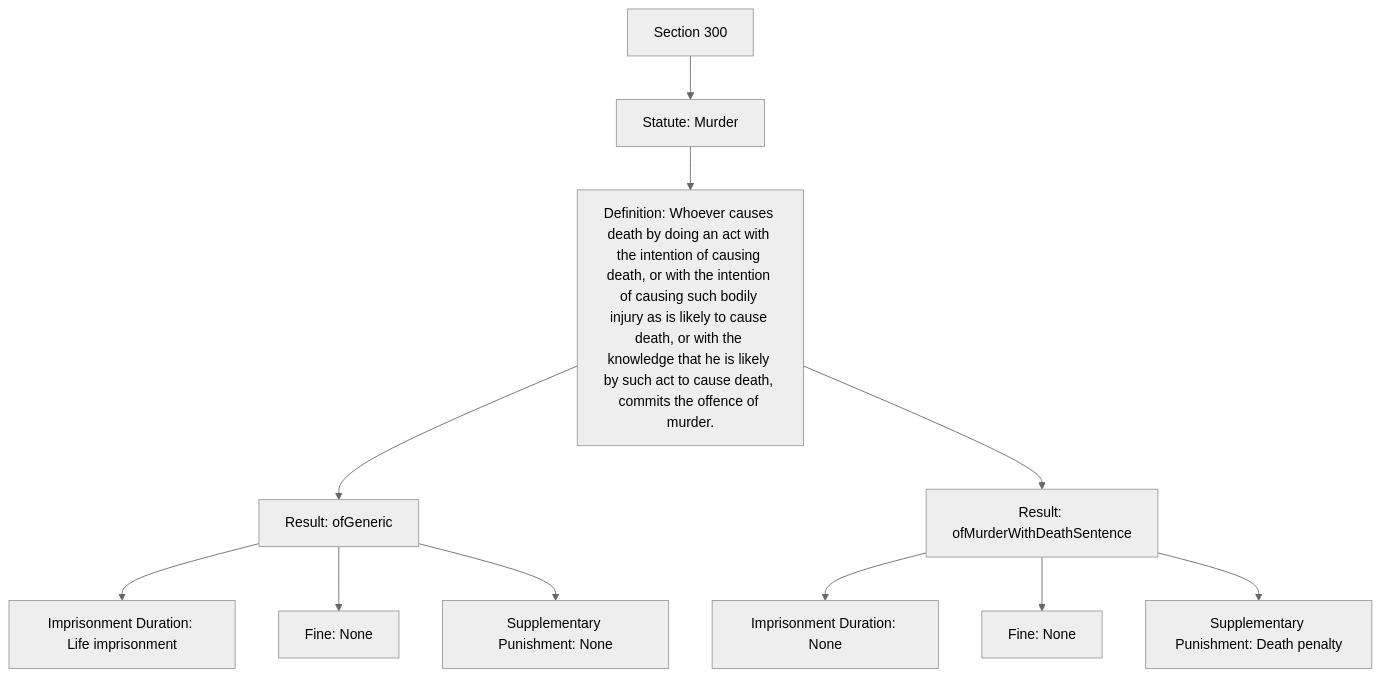
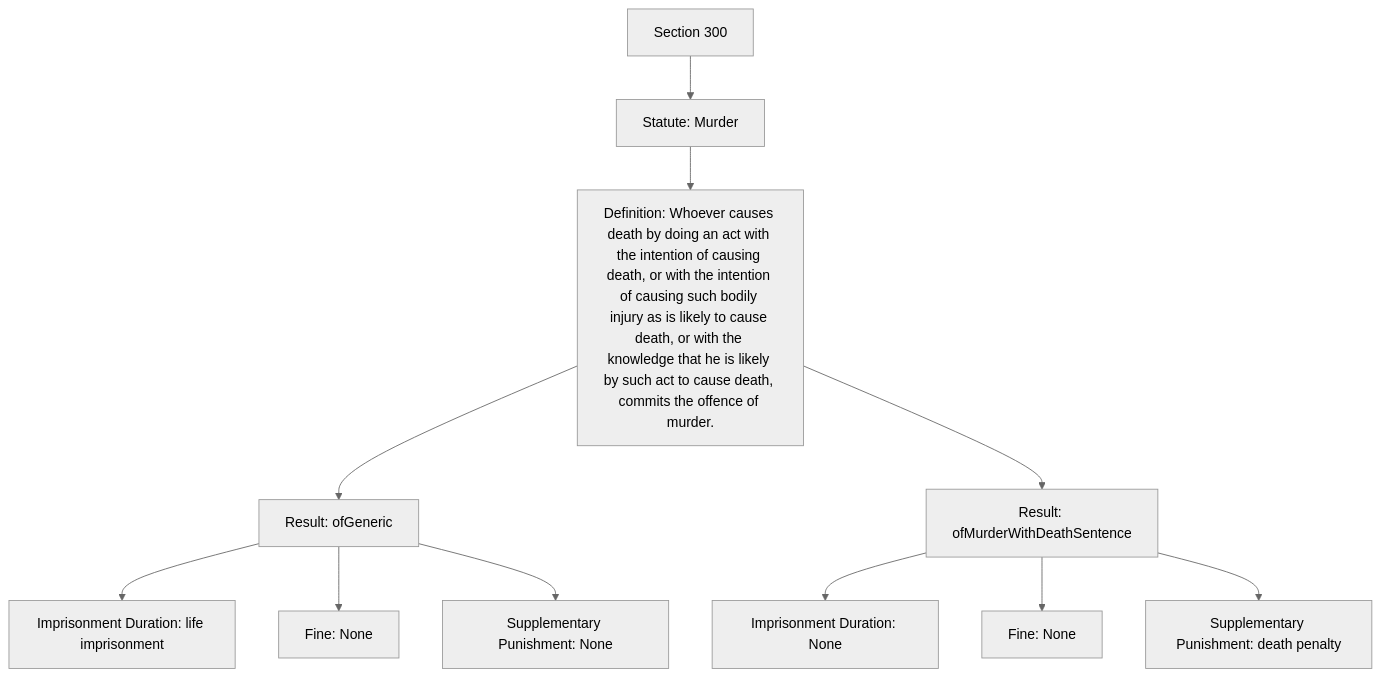
The diagram in web/dep/mmd/murder.mmd (gongahkia/yuho), drawn with Mermaid (neutral theme) before and after one commit. The commit also changed 5 other files, not shown here.

```diff
--- a/web/dep/mmd/murder.mmd
+++ b/web/dep/mmd/murder.mmd
@@ -1,13 +1,13 @@
 graph TD
 
     A[Section 300] --> B[Statute: Murder] --> C[Definition: Whoever causes death by doing an act with the intention of causing death, or with the intention of causing such bodily injury as is likely to cause death, or with the knowledge that he is likely by such act to cause death, commits the offence of murder.]
 
     C --> D[Result: ofGeneric]
-    D --> D1[Imprisonment Duration: Life imprisonment]
+    D --> D1[Imprisonment Duration: life imprisonment]
     D --> D2[Fine: None]
     D --> D3[Supplementary Punishment: None]
 
     C --> E[Result: ofMurderWithDeathSentence]
     E --> E1[Imprisonment Duration: None]
     E --> E2[Fine: None]
-    E --> E3[Supplementary Punishment: Death penalty]
+    E --> E3[Supplementary Punishment: death penalty]
```
